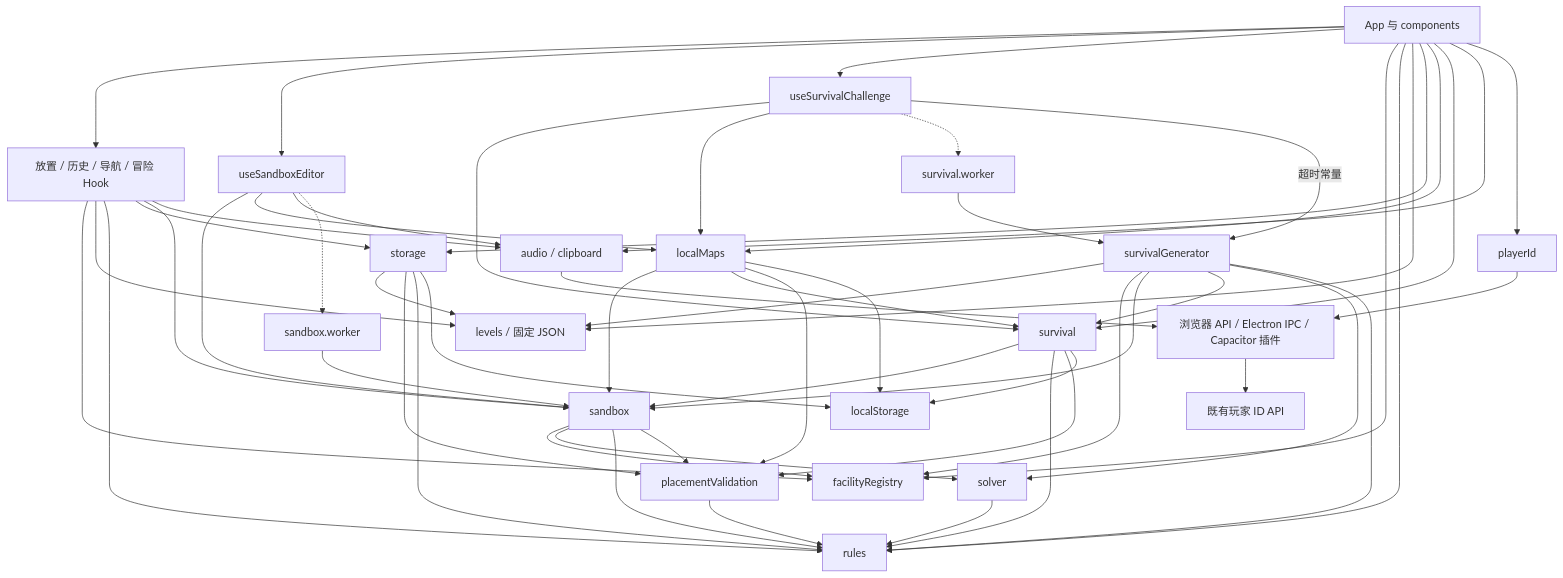
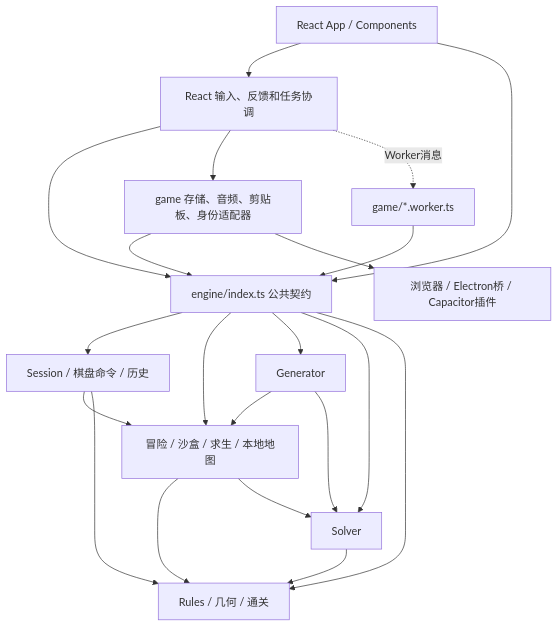
The diagram in ARCHITECTURE.md (lelexia0131/Wildgrid), drawn with Mermaid before and after one commit. The commit also changed other lines of this file and 64 other files, not shown here.

````diff
--- a/ARCHITECTURE.md
+++ b/ARCHITECTURE.md
@@ -67,57 +7,23 @@
 ```mermaid
 flowchart TD
-  UI[App 与 components] --> H[放置 / 历史 / 导航 / 冒险 Hook]
-  UI --> S[useSandboxEditor]
-  UI --> V[useSurvivalChallenge]
-  UI --> R[facilityRegistry]
-  UI --> G
-  UI --> L
-  UI --> A
-  UI --> M
-  UI --> U
-  H --> R
-  H --> L[levels / 固定 JSON]
-  H --> G[rules]
-  H --> A[storage]
-  H --> B[sandbox]
-  H --> P
-  S --> B
-  S --> M[localMaps]
-  S --> P[audio / clipboard]
-  S -.-> SW[sandbox.worker]
-  SW --> B
-  V --> U[survival]
-  V --> M
-  V -.-> VW[survival.worker]
-  VW --> Gen[survivalGenerator]
-  V -->|超时常量| Gen
-  Gen --> L
-  Gen --> R
-  Gen --> B
-  Gen --> U
-  Gen --> Solver[solver]
-  Gen --> G
-  B --> R
-  B --> Solver
-  B --> G
-  A --> L
-  A --> Val[placementValidation]
-  A --> G
-  M --> B
-  M --> U
-  M --> Val
-  U --> B
-  U --> G
-  U --> Val
-  B --> Val
-  Val --> G
-  Solver --> G
-  UI --> P
-  UI --> ID[playerId]
-  P --> Bridge[浏览器 API / Electron IPC / Capacitor 插件]
-  ID --> Bridge
-  Bridge --> API[既有玩家 ID API]
-  A --> LS[localStorage]
-  M --> LS
-  U --> LS
+  UI[React App / Components] --> Hooks[React 输入、反馈和任务协调]
+  UI --> API[engine/index.ts 公共契约]
+  Hooks --> API
+  Hooks --> IO[game 存储、音频、剪贴板、身份适配器]
+  IO --> API
+  Hooks -. Worker消息 .-> Workers[game/*.worker.ts]
+  Workers --> API
+  API --> Session[Session / 棋盘命令 / 历史]
+  API --> Modes[冒险 / 沙盒 / 求生 / 本地地图]
+  API --> Generator[Generator]
+  API --> Solver[Solver]
+  API --> Rules[Rules / 几何 / 通关]
+  Session --> Modes
+  Session --> Rules
+  Modes --> Rules
+  Modes --> Solver
+  Generator --> Modes
+  Generator --> Solver
+  Solver --> Rules
+  IO --> Platform[浏览器 / Electron桥 / Capacitor插件]
 ```
````
